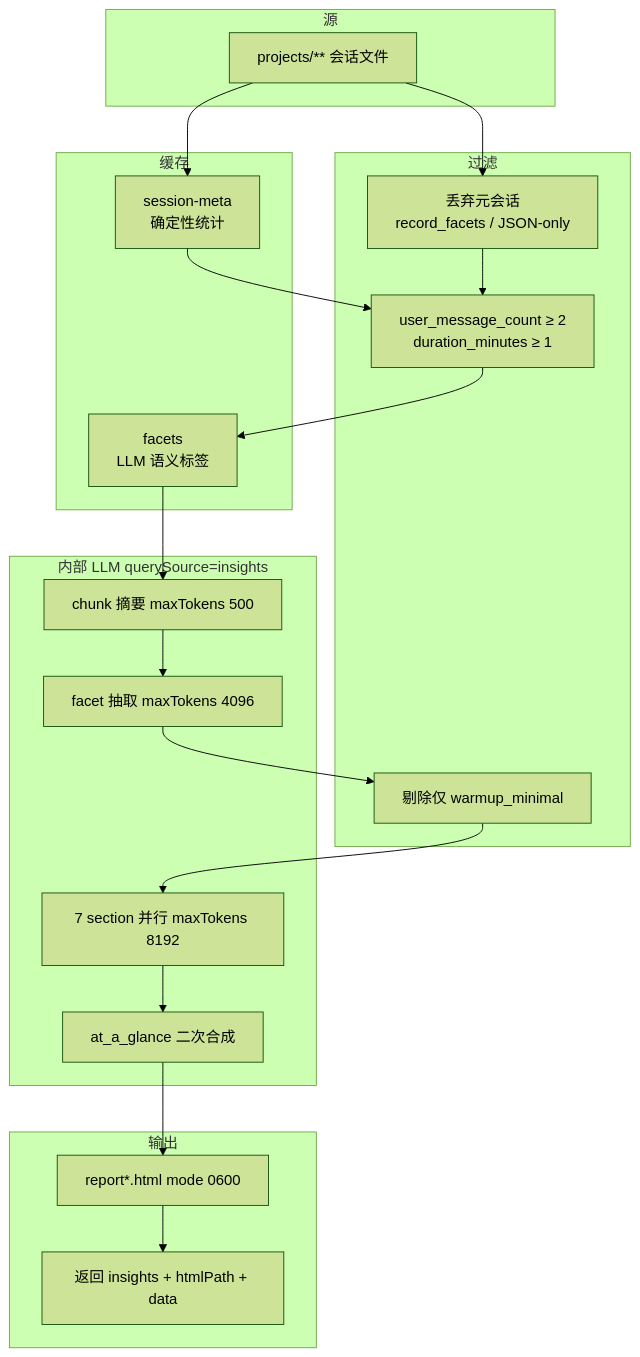
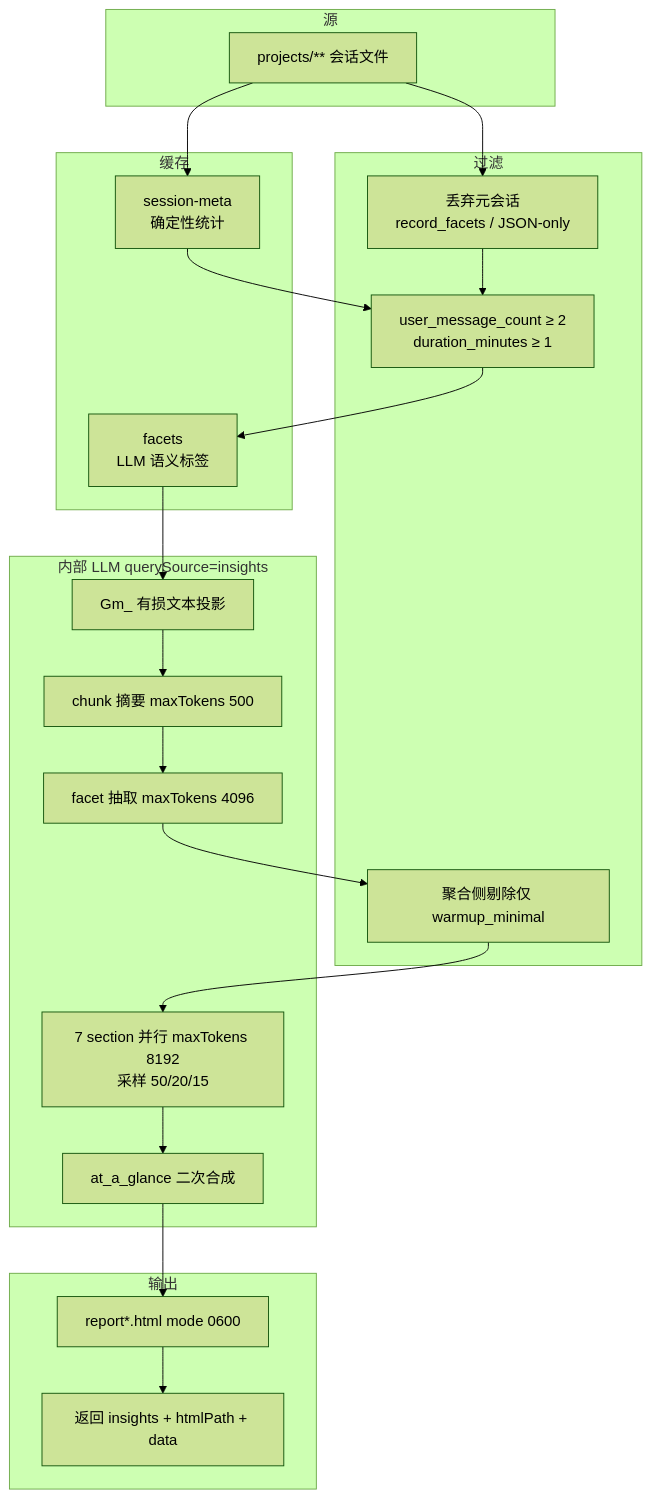
The second of 2 diagrams in analysis/mechanisms/claude-code-insights-slash-command.md (phaseddd/claude-code-research), drawn with Mermaid (forest theme) before and after one commit. The commit also changed other lines of this file and 4 other files, not shown here.

````diff
--- a/analysis/mechanisms/claude-code-insights-slash-command.md
+++ b/analysis/mechanisms/claude-code-insights-slash-command.md
@@ -225,31 +227,32 @@
 ```mermaid
 flowchart TB
   subgraph src [源]
     P["projects/** 会话文件"]
   end
   subgraph cache [缓存]
-    SM["session-meta\n确定性统计"]
-    FC["facets\nLLM 语义标签"]
+    SM["session-meta<br/>确定性统计"]
+    FC["facets<br/>LLM 语义标签"]
   end
   subgraph filter [过滤]
-    F1["丢弃元会话\nrecord_facets / JSON-only"]
-    F2["user_message_count ≥ 2\nduration_minutes ≥ 1"]
-    F3["剔除仅 warmup_minimal"]
+    F1["丢弃元会话<br/>record_facets / JSON-only"]
+    F2["user_message_count ≥ 2<br/>duration_minutes ≥ 1"]
+    F3["聚合侧剔除仅 warmup_minimal"]
   end
   subgraph llm [内部 LLM querySource=insights]
+    G0["Gm_ 有损文本投影"]
     C["chunk 摘要 maxTokens 500"]
     F["facet 抽取 maxTokens 4096"]
-    S["7 section 并行 maxTokens 8192"]
+    S["7 section 并行 maxTokens 8192<br/>采样 50/20/15"]
     G["at_a_glance 二次合成"]
   end
   subgraph out [输出]
     H["report*.html mode 0600"]
     R["返回 insights + htmlPath + data"]
   end
   P --> SM
   P --> F1 --> F2
   F2 --> FC
-  FC --> C --> F
+  FC --> G0 --> C --> F
   F --> F3 --> S --> G --> H --> R
   SM --> F2
 ```
````
